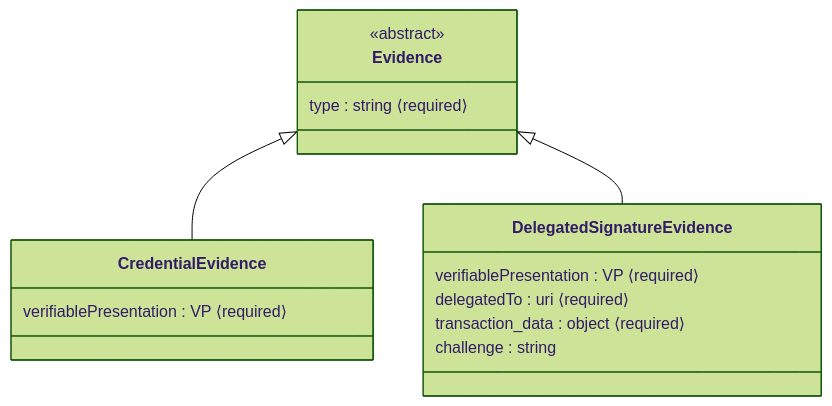
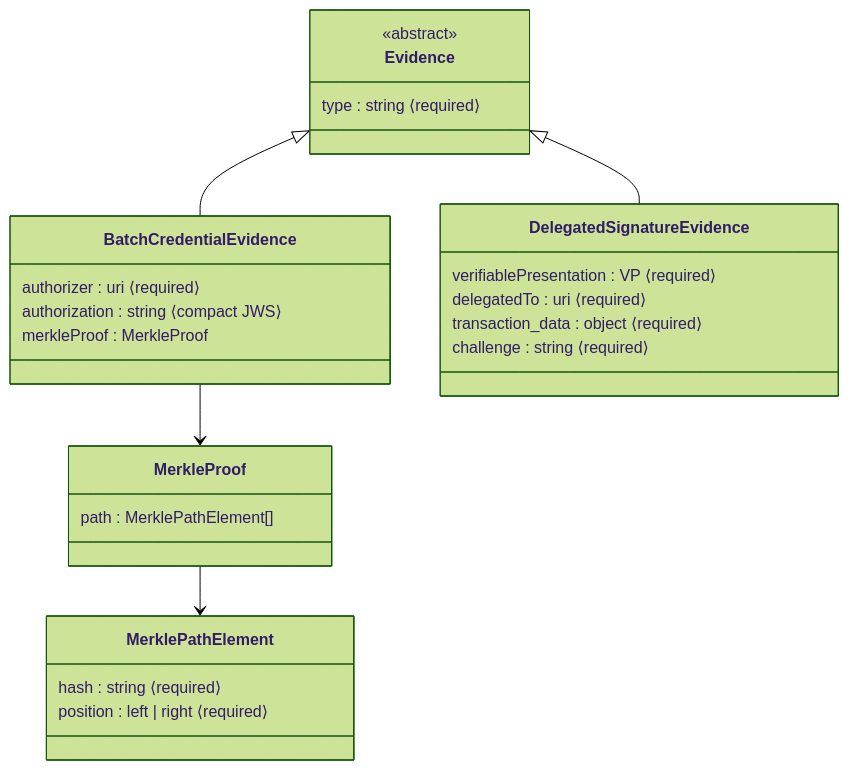
The third of 8 diagrams in docs/schema/credential-model.md (reachhaven/harbour-credentials), drawn with Mermaid (forest theme) before and after one commit. The commit also changed other lines of this file and 7 other files, not shown here.

````diff
--- a/docs/schema/credential-model.md
+++ b/docs/schema/credential-model.md
@@ -120,21 +121,34 @@
 ```mermaid
 classDiagram
     class Evidence {
         <<abstract>>
         type : string ⟨required⟩
     }
 
-    class CredentialEvidence {
-        verifiablePresentation : VP ⟨required⟩
+    class BatchCredentialEvidence {
+        authorizer : uri ⟨required⟩
+        authorization : string ⟨compact JWS⟩
+        merkleProof : MerkleProof
+    }
+
+    class MerkleProof {
+        path : MerklePathElement[]
+    }
+
+    class MerklePathElement {
+        hash : string ⟨required⟩
+        position : left | right ⟨required⟩
     }
 
     class DelegatedSignatureEvidence {
         verifiablePresentation : VP ⟨required⟩
         delegatedTo : uri ⟨required⟩
         transaction_data : object ⟨required⟩
-        challenge : string
+        challenge : string ⟨required⟩
     }
 
-    Evidence <|-- CredentialEvidence
+    Evidence <|-- BatchCredentialEvidence
     Evidence <|-- DelegatedSignatureEvidence
+    BatchCredentialEvidence --> MerkleProof
+    MerkleProof --> MerklePathElement
 ```
````
